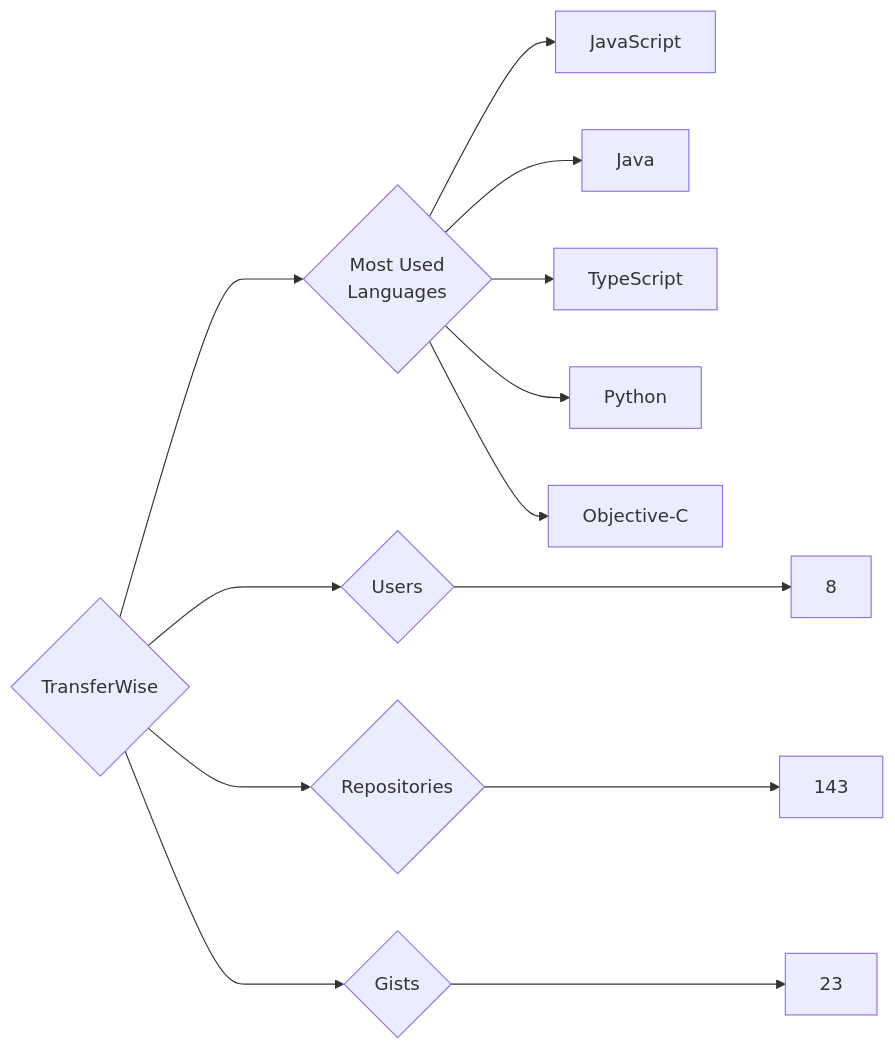
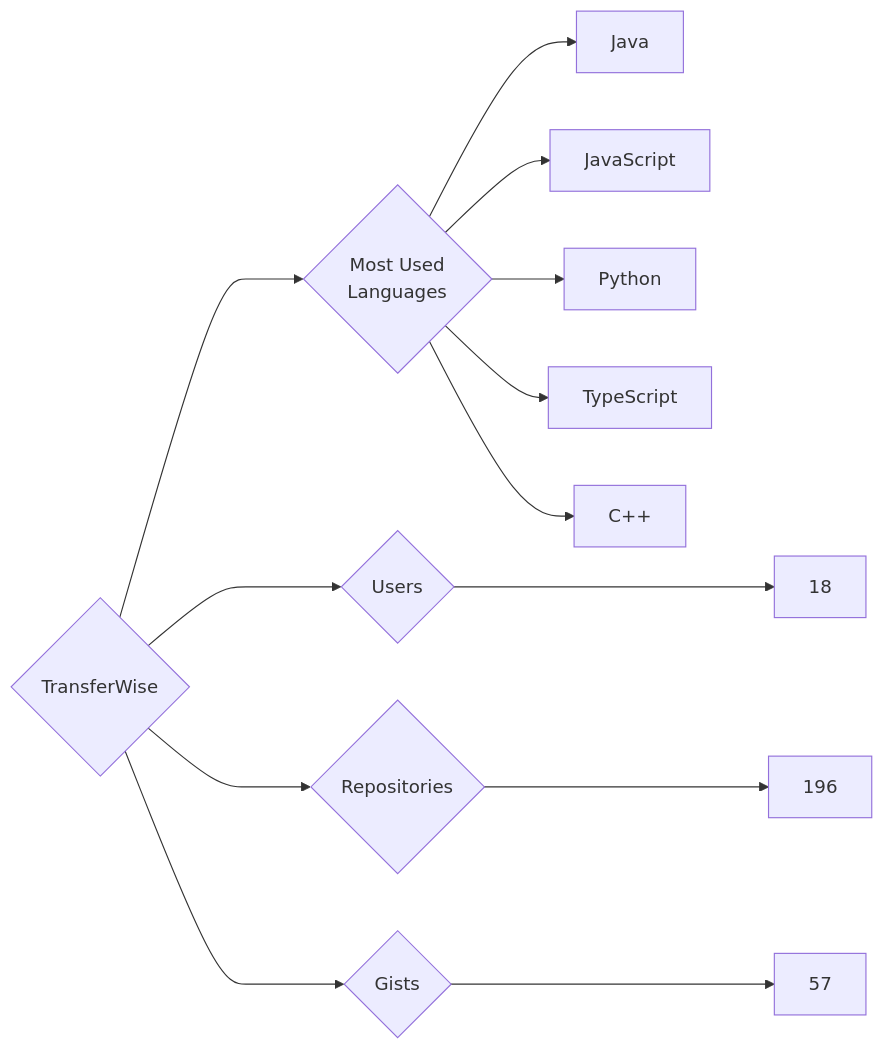
Before and after one commit to trickest/insiders: the diagram in targets/TransferWise/README.md, drawn with Mermaid. The commit also changed 964 other files, not shown here.

````diff
--- a/targets/TransferWise/README.md
+++ b/targets/TransferWise/README.md
@@ -3,13 +3,13 @@
 ```mermaid
 graph LR
 COMPANY_NAME{TransferWise}
-COMPANY_NAME ---> U{Users} ---> UN[8]
-COMPANY_NAME ---> R{Repositories} ---> RN[143]
-COMPANY_NAME ---> G{Gists} ---> GN[23]
+COMPANY_NAME ---> U{Users} ---> UN[18]
+COMPANY_NAME ---> R{Repositories} ---> RN[196]
+COMPANY_NAME ---> G{Gists} ---> GN[57]
 COMPANY_NAME ---> ML{Most Used<br>Languages}
+ML --> Java[Java]
 ML --> JavaScript[JavaScript]
-ML --> Java[Java]
+ML --> Python[Python]
 ML --> TypeScript[TypeScript]
-ML --> Python[Python]
-ML --> Objective-C[Objective-C]
+ML --> C++[C++]
 ```
````
